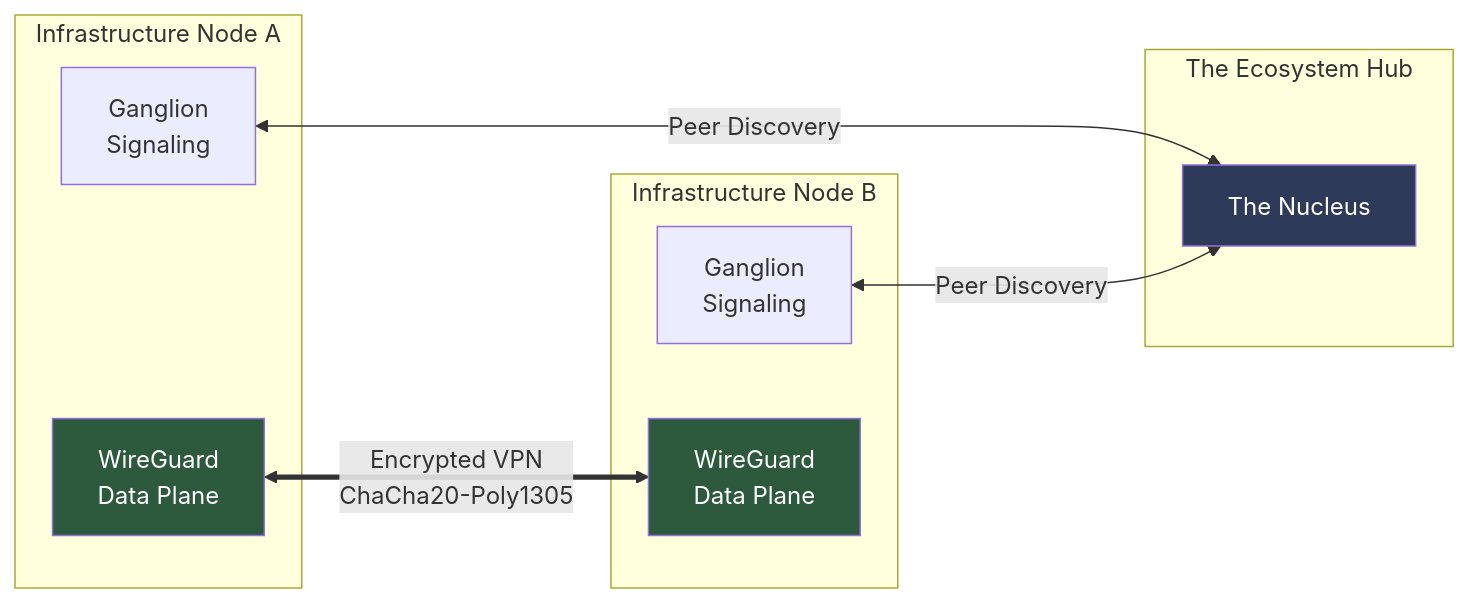
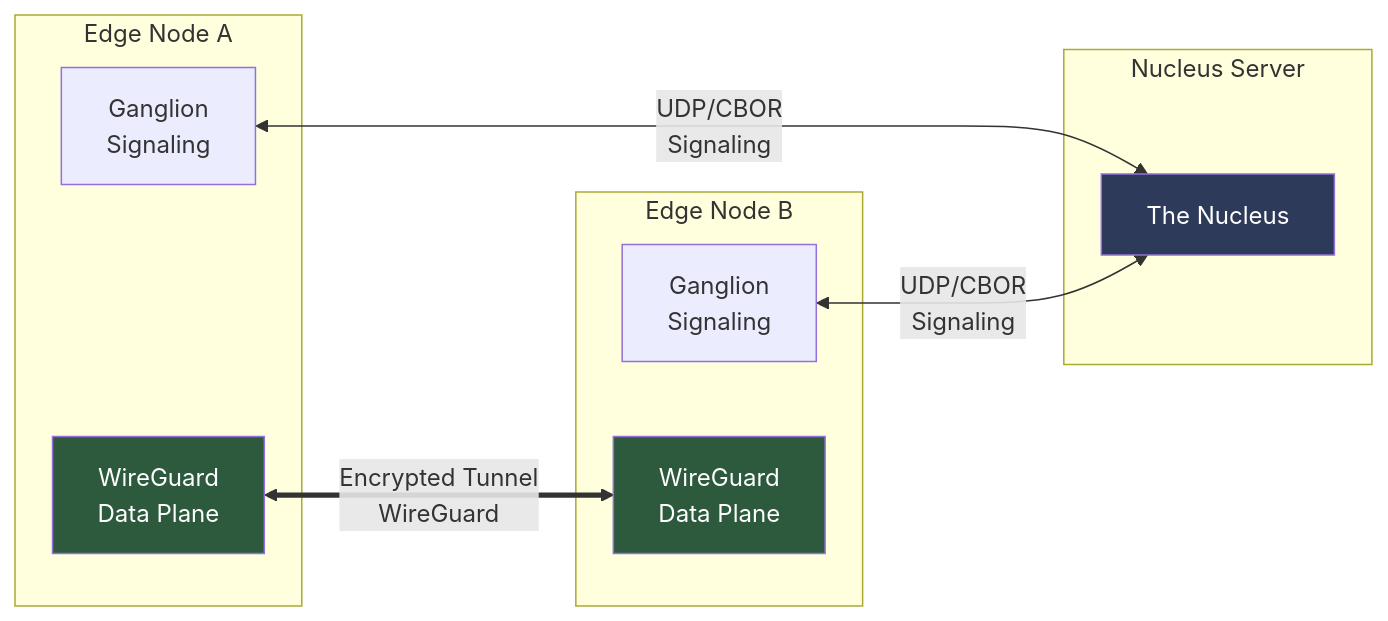
The diagram in README.md (omniedgeio/OmniNervous), drawn with Mermaid before and after one commit. The commit also changed other lines of this file and 30 other files, not shown here.

First line of the commit message:
Refine WireGuard integration: pivot to direct CLI control and workspace cleanup

````diff
--- a/README.md
+++ b/README.md
@@ -23,24 +22,24 @@
 ```mermaid
 graph LR
-    subgraph "Infrastructure Node A"
+    subgraph "Edge Node A"
         G_A[Ganglion<br/>Signaling]
         WG_A[WireGuard<br/>Data Plane]
     end
 
-    subgraph "The Ecosystem Hub"
+    subgraph "Nucleus Server"
         N[The Nucleus]
     end
 
-    subgraph "Infrastructure Node B"
+    subgraph "Edge Node B"
         G_B[Ganglion<br/>Signaling]
         WG_B[WireGuard<br/>Data Plane]
     end
 
-    G_A <-->|Peer Discovery| N
-    G_B <-->|Peer Discovery| N
-    WG_A <==>|Encrypted VPN<br/>ChaCha20-Poly1305| WG_B
+    G_A <-->|UDP/CBOR<br/>Signaling| N
+    G_B <-->|UDP/CBOR<br/>Signaling| N
+    WG_A <==>|Encrypted Tunnel<br/>WireGuard| WG_B
 
     style WG_A fill:#2d5a3d,color:#fff
     style WG_B fill:#2d5a3d,color:#fff
     style N fill:#2d3a5a,color:#fff
 ```
````
